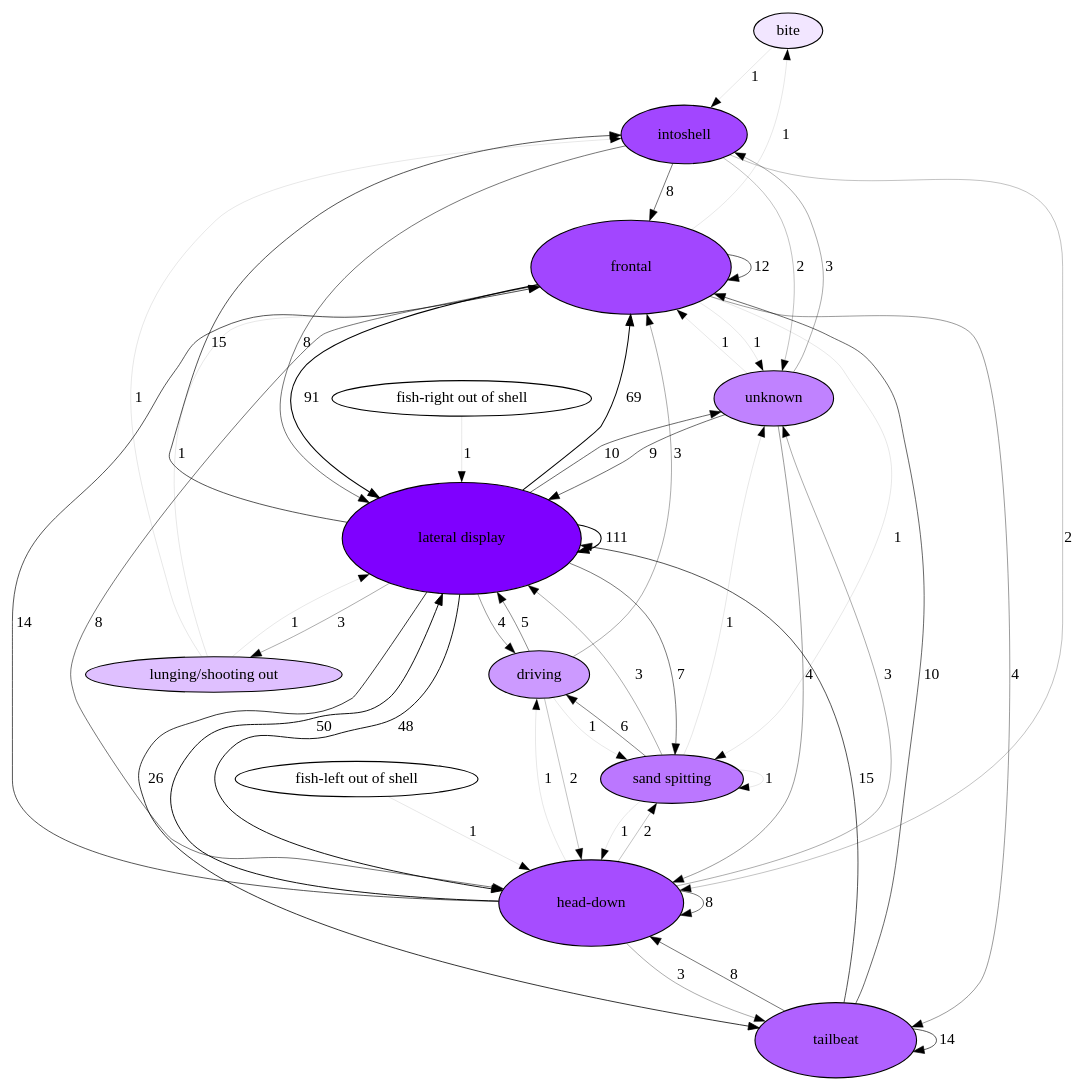
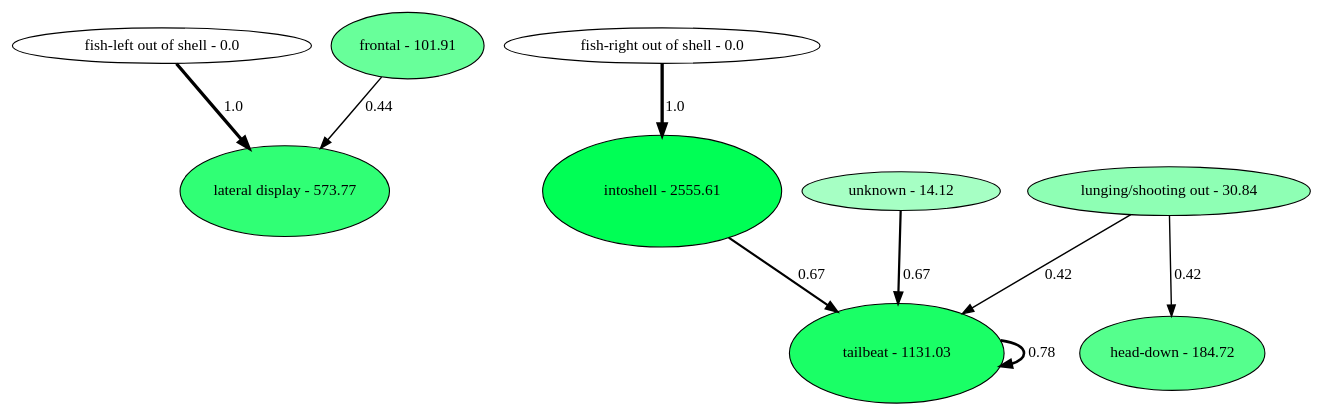
Before and after one commit to nicolkraus/AnalyzeBehavior: the diagram in images/transitions.gv, drawn with Graphviz. The commit also changed 8 other files, not shown here.

```diff
--- a/images/transitions.gv
+++ b/images/transitions.gv
@@ -1,64 +1,19 @@
 digraph  {
-bite [fillcolor="0.75 0.0970388616064562 1", height="0.0", style=filled, tooltip="1234 &#013; 234 &#013; 234", width="0.0"];
-intoshell [fillcolor="0.75 0.7222547638383381 1", height="0.7383622772867368", style=filled, tooltip="1234 &#013; 234 &#013; 234", width="1.5822048799001502"];
-driving [fillcolor="0.75 0.3932249488077084 1", height="0.5910125647570142", style=filled, tooltip="1234 &#013; 234 &#013; 234", width="1.2664554959078878"];
-frontal [fillcolor="0.75 0.7232728735460057 1", height="1.175837238405278", style=filled, tooltip="1234 &#013; 234 &#013; 234", width="2.519651225154167"];
-"head-down" [fillcolor="0.75 0.6950400735297251 1", height="1.083105961740489", style=filled, tooltip="1234 &#013; 234 &#013; 234", width="2.3209413465867623"];
-"lateral display" [fillcolor="0.75 1.0 1", height="1.4", style=filled, tooltip="1234 &#013; 234 &#013; 234", width="3.0"];
-"sand spitting" [fillcolor="0.75 0.5308546697647359 1", height="0.6124583792014738", style=filled, tooltip="1234 &#013; 234 &#013; 234", width="1.3124108125745868"];
-"fish-left out of shell" [fillcolor="0.75 0.0 1", height="0.0", style=filled, tooltip="1234 &#013; 234 &#013; 234", width="0.0"];
-"fish-right out of shell" [fillcolor="0.75 0.0 1", height="0.0", style=filled, tooltip="1234 &#013; 234 &#013; 234", width="0.0"];
-tailbeat [fillcolor="0.75 0.6195176868378294 1", height="0.9489512050808674", style=filled, tooltip="1234 &#013; 234 &#013; 234", width="2.0334668680304304"];
-unknown [fillcolor="0.75 0.488437638052946 1", height="0.6983060119303469", style=filled, tooltip="1234 &#013; 234 &#013; 234", width="1.4963700255650294"];
-"lunging/shooting out" [fillcolor="0.75 0.24488357940913438 1", height="0.27077649043512225", style=filled, tooltip="1234 &#013; 234 &#013; 234", width="0.5802353366466906"];
-bite -> intoshell  [label=1, penwidth="0.09090909090909091"];
-intoshell -> frontal  [label=8, penwidth="0.4923082370490505"];
-intoshell -> "head-down"  [label=2, penwidth="0.2247088062890775"];
-intoshell -> "lateral display"  [label=8, penwidth="0.4923082370490505"];
-intoshell -> unknown  [label=2, penwidth="0.2247088062890775"];
-driving -> frontal  [label=3, penwidth="0.3029766223935334"];
-driving -> "head-down"  [label=2, penwidth="0.2247088062890775"];
-driving -> "lateral display"  [label=5, penwidth="0.40158240913781446"];
-driving -> "sand spitting"  [label=1, penwidth="0.09090909090909091"];
-frontal -> bite  [label=1, penwidth="0.09090909090909091"];
-frontal -> frontal  [label=12, penwidth="0.5705760531535065"];
-frontal -> "head-down"  [label=8, penwidth="0.4923082370490505"];
-frontal -> "lateral display"  [label=91, penwidth="0.9616501615190786"];
-frontal -> "sand spitting"  [label=1, penwidth="0.09090909090909091"];
-frontal -> tailbeat  [label=4, penwidth="0.3585085216690641"];
-frontal -> unknown  [label=1, penwidth="0.09090909090909091"];
-"head-down" -> driving  [label=1, penwidth="0.09090909090909091"];
-"head-down" -> frontal  [label=14, penwidth="0.6003320958309892"];
-"head-down" -> "head-down"  [label=8, penwidth="0.4923082370490505"];
-"head-down" -> "lateral display"  [label=50, penwidth="0.8460554427465246"];
-"head-down" -> "sand spitting"  [label=2, penwidth="0.2247088062890775"];
-"head-down" -> tailbeat  [label=3, penwidth="0.3029766223935334"];
-"head-down" -> unknown  [label=3, penwidth="0.3029766223935334"];
-"lateral display" -> driving  [label=4, penwidth="0.3585085216690641"];
-"lateral display" -> frontal  [label=69, penwidth="0.908227924617697"];
-"lateral display" -> "head-down"  [label=48, penwidth="0.8381754839134797"];
-"lateral display" -> intoshell  [label=15, penwidth="0.6136499406222569"];
-"lateral display" -> "lateral display"  [label=111, penwidth="1.0"];
-"lateral display" -> "lunging/shooting out"  [label=3, penwidth="0.3029766223935334"];
-"lateral display" -> "sand spitting"  [label=7, penwidth="0.4665323804510027"];
-"lateral display" -> tailbeat  [label=26, penwidth="0.7198265873571533"];
-"lateral display" -> unknown  [label=10, penwidth="0.5353821245178011"];
-"sand spitting" -> driving  [label=6, penwidth="0.43677633777352"];
-"sand spitting" -> "head-down"  [label=1, penwidth="0.09090909090909091"];
-"sand spitting" -> "lateral display"  [label=3, penwidth="0.3029766223935334"];
-"sand spitting" -> "sand spitting"  [label=1, penwidth="0.09090909090909091"];
-"sand spitting" -> unknown  [label=1, penwidth="0.09090909090909091"];
-"fish-left out of shell" -> "head-down"  [label=1, penwidth="0.09090909090909091"];
-"fish-right out of shell" -> "lateral display"  [label=1, penwidth="0.09090909090909091"];
-tailbeat -> frontal  [label=10, penwidth="0.5353821245178011"];
-tailbeat -> "head-down"  [label=8, penwidth="0.4923082370490505"];
-tailbeat -> "lateral display"  [label=15, penwidth="0.6136499406222569"];
-tailbeat -> tailbeat  [label=14, penwidth="0.6003320958309892"];
-unknown -> frontal  [label=1, penwidth="0.09090909090909091"];
-unknown -> "head-down"  [label=4, penwidth="0.3585085216690641"];
-unknown -> intoshell  [label=3, penwidth="0.3029766223935334"];
-unknown -> "lateral display"  [label=9, penwidth="0.5150441538779759"];
-"lunging/shooting out" -> frontal  [label=1, penwidth="0.09090909090909091"];
-"lunging/shooting out" -> intoshell  [label=1, penwidth="0.09090909090909091"];
-"lunging/shooting out" -> "lateral display"  [label=1, penwidth="0.09090909090909091"];
+"fish-left out of shell - 0.0" [fillcolor="0.3888888888888889 0.0 1", height="0.0", style=filled, tooltip="1234 &#013; 234 &#013; 234", width="0.0"];
+"lateral display - 573.77" [fillcolor="0.3888888888888889 0.8097904314429374 1", height="1.1337066040201123", style=filled, tooltip="1234 &#013; 234 &#013; 234", width="2.429371294328812"];
+"fish-right out of shell - 0.0" [fillcolor="0.3888888888888889 0.0 1", height="0.0", style=filled, tooltip="1234 &#013; 234 &#013; 234", width="0.0"];
+"intoshell - 2555.61" [fillcolor="0.3888888888888889 1.0 1", height="1.4", style=filled, tooltip="1234 &#013; 234 &#013; 234", width="3.0"];
+"frontal - 101.91" [fillcolor="0.3888888888888889 0.5905679940215456 1", height="0.8267951916301638", style=filled, tooltip="1234 &#013; 234 &#013; 234", width="1.7717039820646368"];
+"tailbeat - 1131.03" [fillcolor="0.3888888888888889 0.8961733032219505 1", height="1.2546426245107307", style=filled, tooltip="1234 &#013; 234 &#013; 234", width="2.6885199096658514"];
+"lunging/shooting out - 30.84" [fillcolor="0.3888888888888889 0.4410566434669279 1", height="0.6174793008536991", style=filled, tooltip="1234 &#013; 234 &#013; 234", width="1.3231699304007838"];
+"head-down - 184.72" [fillcolor="0.3888888888888889 0.6658104652360487 1", height="0.9321346513304681", style=filled, tooltip="1234 &#013; 234 &#013; 234", width="1.997431395708146"];
+"unknown - 14.12" [fillcolor="0.3888888888888889 0.3461466928290445 1", height="0.4846053699606622", style=filled, tooltip="1234 &#013; 234 &#013; 234", width="1.0384400784871335"];
+"fish-left out of shell - 0.0" -> "lateral display - 573.77"  [label="1.0", penwidth="3.0"];
+"fish-right out of shell - 0.0" -> "intoshell - 2555.61"  [label="1.0", penwidth="3.0"];
+"intoshell - 2555.61" -> "tailbeat - 1131.03"  [label="0.67", penwidth="2.0100000000000002"];
+"frontal - 101.91" -> "lateral display - 573.77"  [label="0.44", penwidth="1.32"];
+"tailbeat - 1131.03" -> "tailbeat - 1131.03"  [label="0.78", penwidth="2.34"];
+"lunging/shooting out - 30.84" -> "head-down - 184.72"  [label="0.42", penwidth="1.26"];
+"lunging/shooting out - 30.84" -> "tailbeat - 1131.03"  [label="0.42", penwidth="1.26"];
+"unknown - 14.12" -> "tailbeat - 1131.03"  [label="0.67", penwidth="2.0100000000000002"];
 }
```
